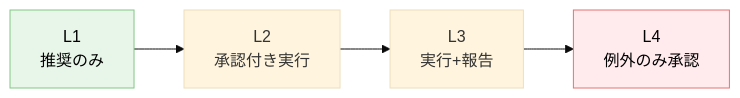
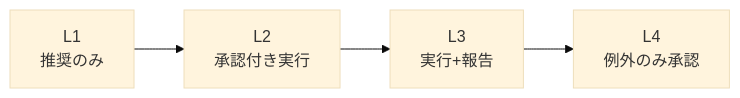
Before and after one commit to dinekt/dinekt-wiki: the second of 2 diagrams in docs/concepts/ai-プロダクト設計の-3-つの基本原則.md, drawn with Mermaid (base theme). The commit also changed other lines of this file and 70 other files, not shown here.

First line of the commit message:
fix(mermaid): strip all inline styling, rely on theme

````diff
--- a/docs/concepts/ai-プロダクト設計の-3-つの基本原則.md
+++ b/docs/concepts/ai-プロダクト設計の-3-つの基本原則.md
@@ -69,9 +67,7 @@
 ```mermaid
 flowchart LR
     L1[L1<br/>推奨のみ] --> L2[L2<br/>承認付き実行]
     L2 --> L3[L3<br/>実行+報告]
     L3 --> L4[L4<br/>例外のみ承認]
 
-    style L1 fill:#e8f5e9,stroke:#81c784,color:#000
-    style L4 fill:#ffebee,stroke:#e57373,color:#000
 ```
````
